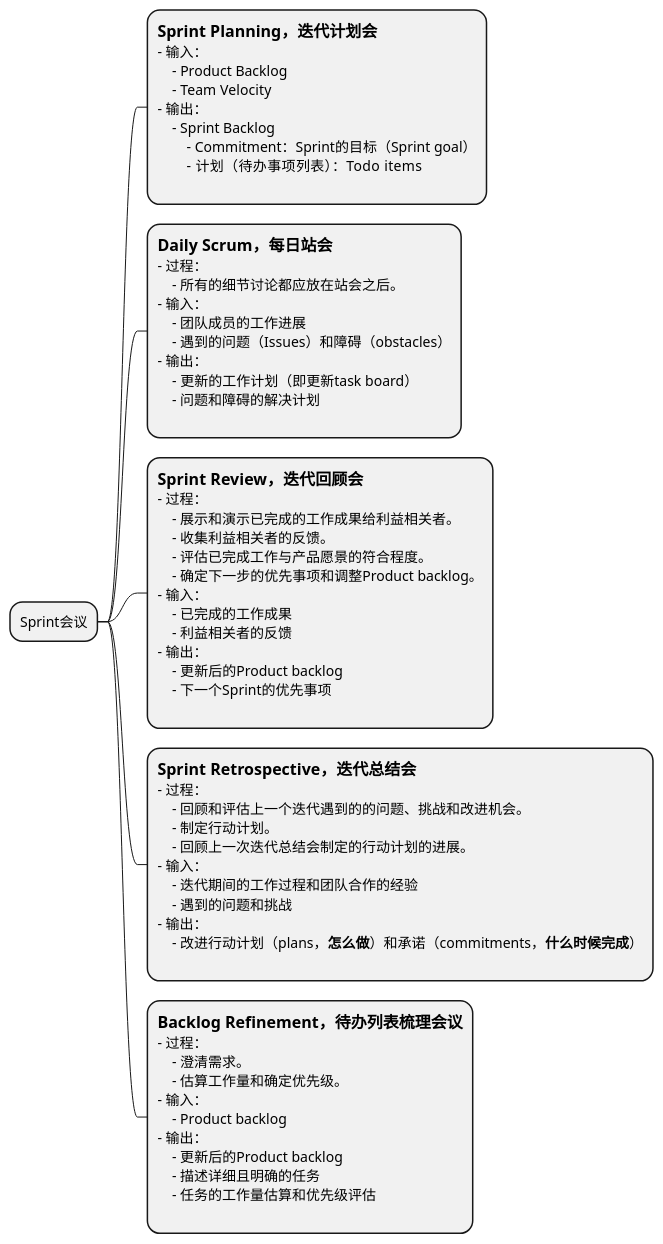
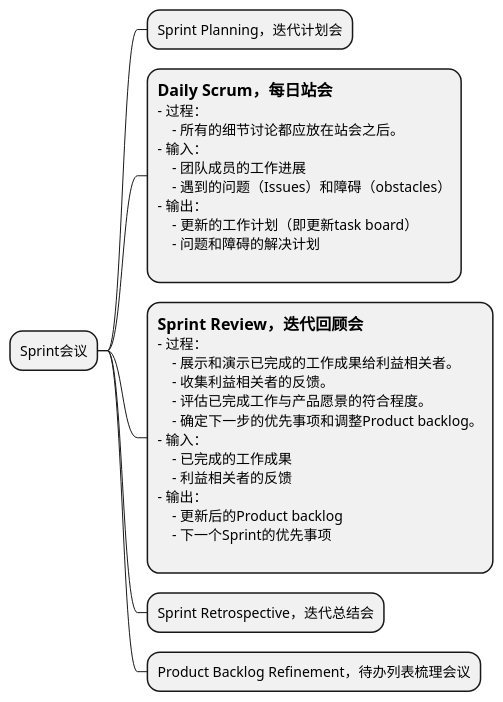
One commit to lem-org/lem-org.github.io changed the seventh of 9 diagrams in content/insights/what_is_agile/index.zh-cn.raw.md. Above: the diagram before and after it, drawn with PlantUML. The commit also changed other lines of this file and 3 other files, not shown here.

````diff
--- a/content/insights/what_is_agile/index.zh-cn.raw.md
+++ b/content/insights/what_is_agile/index.zh-cn.raw.md
@@ -196,65 +196,37 @@
 ```plantuml
 @startmindmap
 * Sprint会议
 
-**:==Sprint Planning，迭代计划会
-- 输入：
-    - Product Backlog
-    - Team Velocity
-- 输出：
-    - Sprint Backlog
-        - Commitment：Sprint的目标（Sprint goal）
-        - 计划（待办事项列表）：Todo items
-;
+** Sprint Planning，迭代计划会
 
 **:==Daily Scrum，每日站会
 - 过程：
     - 所有的细节讨论都应放在站会之后。
 - 输入：
     - 团队成员的工作进展
     - 遇到的问题（Issues）和障碍（obstacles）
 - 输出：
     - 更新的工作计划（即更新task board）
     - 问题和障碍的解决计划
 ;
 
 **:==Sprint Review，迭代回顾会
 - 过程：
     - 展示和演示已完成的工作成果给利益相关者。
     - 收集利益相关者的反馈。
     - 评估已完成工作与产品愿景的符合程度。
     - 确定下一步的优先事项和调整Product backlog。
 - 输入：
     - 已完成的工作成果
     - 利益相关者的反馈
 - 输出：
     - 更新后的Product backlog
     - 下一个Sprint的优先事项
 ;
 
-**:==Sprint Retrospective，迭代总结会
-- 过程：
-    - 回顾和评估上一个迭代遇到的的问题、挑战和改进机会。
-    - 制定行动计划。
-    - 回顾上一次迭代总结会制定的行动计划的进展。
-- 输入：
-    - 迭代期间的工作过程和团队合作的经验
-    - 遇到的问题和挑战
-- 输出：
-    - 改进行动计划（plans，**怎么做**）和承诺（commitments，**什么时候完成**）
-;
+** Sprint Retrospective，迭代总结会
 
-**:==Backlog Refinement，待办列表梳理会议
-- 过程：
-    - 澄清需求。
-    - 估算工作量和确定优先级。
-- 输入：
-    - Product backlog
-- 输出：
-    - 更新后的Product backlog
-    - 描述详细且明确的任务
-    - 任务的工作量估算和优先级评估
-;
+** Product Backlog Refinement，待办列表梳理会议
 
 @endmindmap
 ```
````
